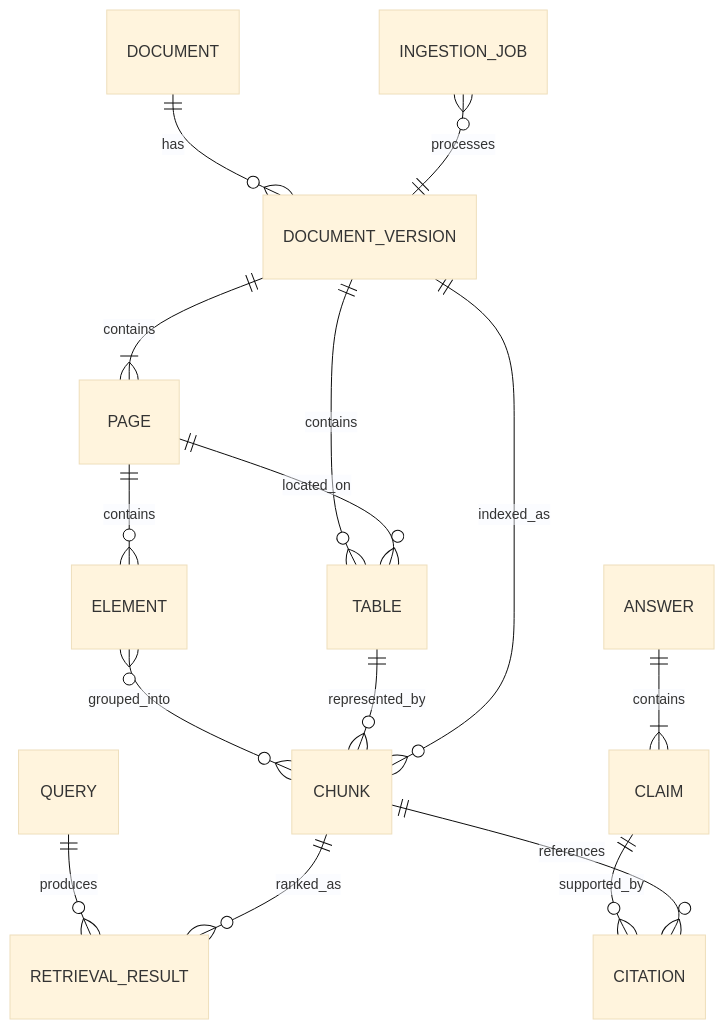
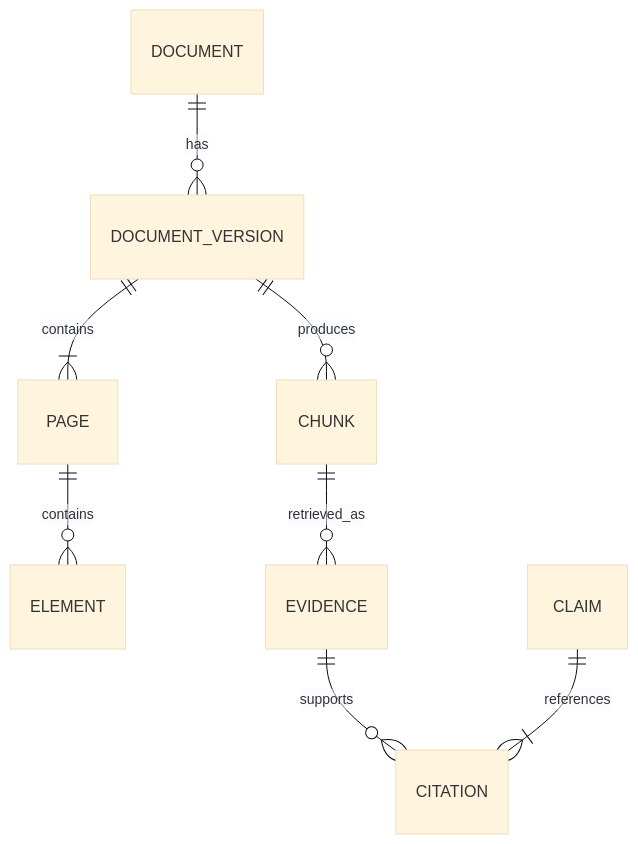
One commit to doyeon789/semiconductor-document-rag-ai-agent changed the diagram in docs/data-model.md. Above: the diagram before and after it, drawn with Mermaid (base theme). The commit also changed other lines of this file and 25 other files, not shown here.

````diff
--- a/docs/data-model.md
+++ b/docs/data-model.md
@@ -9,17 +9,10 @@
 ```mermaid
 erDiagram
     DOCUMENT ||--o{ DOCUMENT_VERSION : has
     DOCUMENT_VERSION ||--|{ PAGE : contains
     PAGE ||--o{ ELEMENT : contains
-    DOCUMENT_VERSION ||--o{ TABLE : contains
-    PAGE ||--o{ TABLE : located_on
-    ELEMENT }o--o{ CHUNK : grouped_into
-    TABLE ||--o{ CHUNK : represented_by
-    DOCUMENT_VERSION ||--o{ CHUNK : indexed_as
-    QUERY ||--o{ RETRIEVAL_RESULT : produces
-    CHUNK ||--o{ RETRIEVAL_RESULT : ranked_as
-    ANSWER ||--|{ CLAIM : contains
-    CLAIM ||--o{ CITATION : supported_by
-    CHUNK ||--o{ CITATION : references
-    INGESTION_JOB }o--|| DOCUMENT_VERSION : processes
+    DOCUMENT_VERSION ||--o{ CHUNK : produces
+    CHUNK ||--o{ EVIDENCE : retrieved_as
+    EVIDENCE ||--o{ CITATION : supports
+    CLAIM ||--|{ CITATION : references
 ```
````
